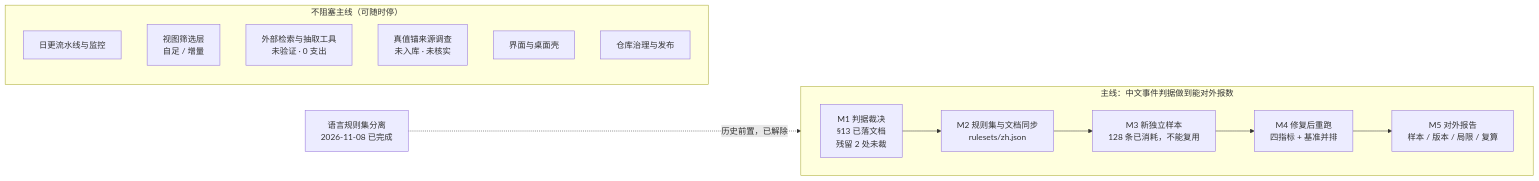
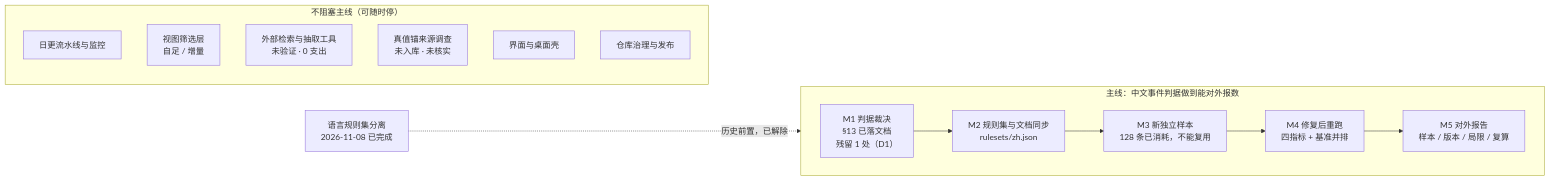
One commit to An0319/OmniNexus changed the second of 2 diagrams in ROADMAP.md. Above: the diagram before and after it, drawn with Mermaid. The commit also changed other lines of this file and 1 other file, not shown here.

Commit message:
docs: align roadmap with freeze order and register code-doc gap

````diff
--- a/ROADMAP.md
+++ b/ROADMAP.md
@@ -140,22 +140,22 @@
 ```mermaid
 flowchart LR
     subgraph MAIN["主线：中文事件判据做到能对外报数"]
         direction LR
-        M1["M1 判据裁决<br/>§13 已落文档<br/>残留 2 处未裁"] --> M2["M2 规则集与文档同步<br/>rulesets/zh.json"]
+        M1["M1 判据裁决<br/>§13 已落文档<br/>残留 1 处（D1）"] --> M2["M2 规则集与文档同步<br/>rulesets/zh.json"]
         M2 --> M3["M3 新独立样本<br/>128 条已消耗，不能复用"]
         M3 --> M4["M4 修复后重跑<br/>四指标 + 基准并排"]
         M4 --> M5["M5 对外报告<br/>样本 / 版本 / 局限 / 复算"]
     end
 
     subgraph SIDE["不阻塞主线（可随时停）"]
         direction TB
         S1["日更流水线与监控"]
         S2["视图筛选层<br/>自足 / 增量"]
         S3["外部检索与抽取工具<br/>未验证 · 0 支出"]
         S4["真值锚来源调查<br/>未入库 · 未核实"]
         S5["界面与桌面壳"]
         S6["仓库治理与发布"]
     end
 
     S7["语言规则集分离<br/>2026-11-08 已完成"] -.->|"历史前置，已解除"| M1
 ```
````
